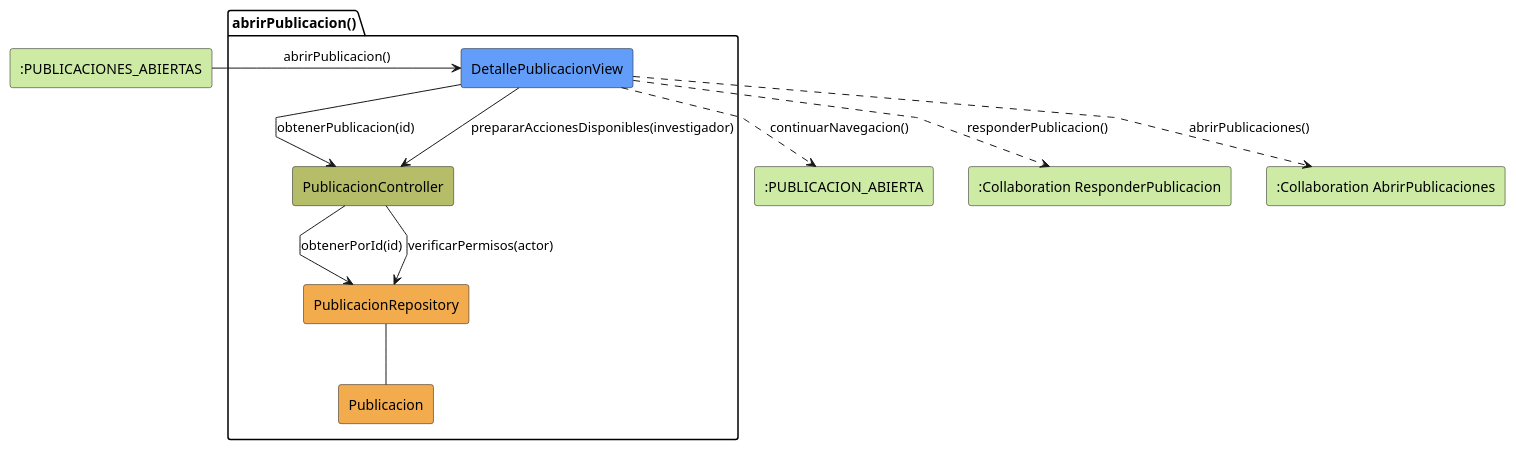
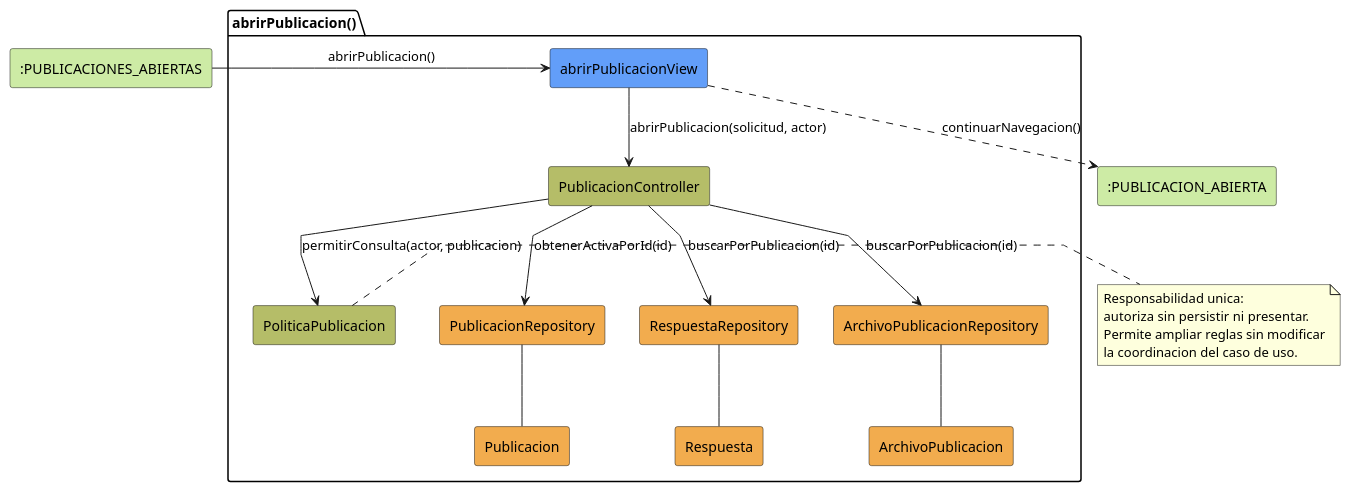
One commit to beatriizorozco/25-26-idsw2-sdVC changed the diagram in RUP/01-analisis/casos-uso/investigador/abrirPublicacion/colaboracion.puml. Above: the diagram before and after it, drawn with PlantUML. The commit also changed 99 other files, not shown here.

Commit message:
docs(analisis y diseño): bloque 8: publicaciones

```diff
--- a/RUP/01-analisis/casos-uso/investigador/abrirPublicacion/colaboracion.puml
+++ b/RUP/01-analisis/casos-uso/investigador/abrirPublicacion/colaboracion.puml
@@ -1,27 +1,36 @@
-@startuml abrirPublicacion-analisis
+@startuml abrirPublicacion-investigador-analisis
 skinparam linetype polyline
 
 rectangle #CDEBA5 ":PUBLICACIONES_ABIERTAS" as EstadoEntrada
 package abrirPublicacion as "abrirPublicacion()" {
-    rectangle #629EF9 DetallePublicacionView
+    rectangle #629EF9 "abrirPublicacionView" as View
     rectangle #b5bd68 PublicacionController
+    rectangle #b5bd68 PoliticaPublicacion
     rectangle #F2AC4E PublicacionRepository
     rectangle #F2AC4E Publicacion
+    rectangle #F2AC4E RespuestaRepository
+    rectangle #F2AC4E ArchivoPublicacionRepository
+    rectangle #F2AC4E Respuesta
+    rectangle #F2AC4E ArchivoPublicacion
 }
+rectangle #CDEBA5 ":PUBLICACION_ABIERTA" as EstadoSalida
 
-rectangle #CDEBA5 ":PUBLICACION_ABIERTA" as EstadoSalida
-rectangle #CDEBA5 ":Collaboration ResponderPublicacion" as ResponderPublicacion
-rectangle #CDEBA5 ":Collaboration AbrirPublicaciones" as AbrirPublicaciones
+EstadoEntrada -r-> View: abrirPublicacion()
+View -d-> PublicacionController: abrirPublicacion(solicitud, actor)
+PublicacionController --> PublicacionRepository: obtenerActivaPorId(id)
+PublicacionController --> PoliticaPublicacion: permitirConsulta(actor, publicacion)
 
-EstadoEntrada -r-> DetallePublicacionView: abrirPublicacion()
+PublicacionRepository -- Publicacion
+PublicacionController --> RespuestaRepository: buscarPorPublicacion(id)
+PublicacionController --> ArchivoPublicacionRepository: buscarPorPublicacion(id)
+RespuestaRepository -- Respuesta
+ArchivoPublicacionRepository -- ArchivoPublicacion
+View ..> EstadoSalida: continuarNavegacion()
 
-DetallePublicacionView -d-> PublicacionController: obtenerPublicacion(id)
-DetallePublicacionView --> PublicacionController: prepararAccionesDisponibles(investigador)
-PublicacionController --> PublicacionRepository: obtenerPorId(id)
-PublicacionController --> PublicacionRepository: verificarPermisos(actor)
-PublicacionRepository -- Publicacion
-DetallePublicacionView ..> EstadoSalida: continuarNavegacion()
-DetallePublicacionView ..> ResponderPublicacion: responderPublicacion()
-DetallePublicacionView ..> AbrirPublicaciones: abrirPublicaciones()
-
+note right of PoliticaPublicacion
+Responsabilidad unica:
+autoriza sin persistir ni presentar.
+Permite ampliar reglas sin modificar
+la coordinacion del caso de uso.
+end note
 @enduml
```
